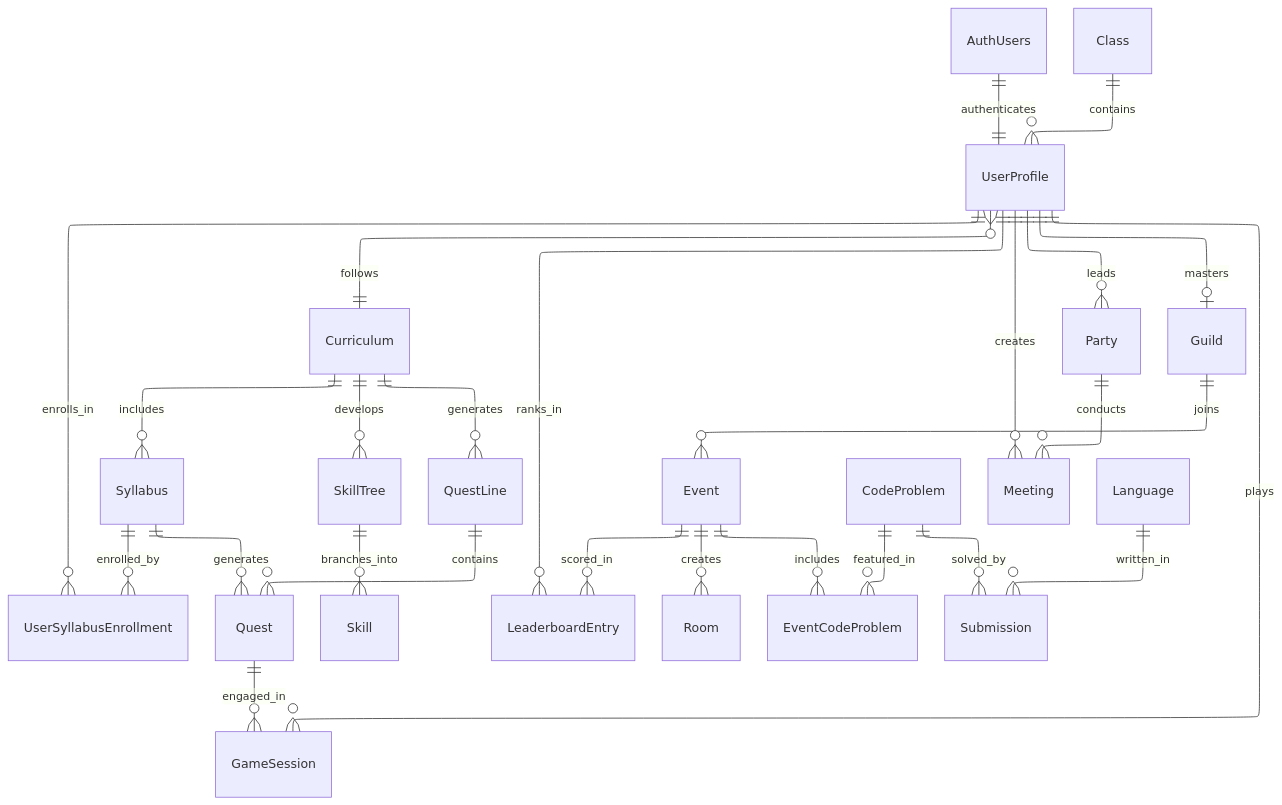
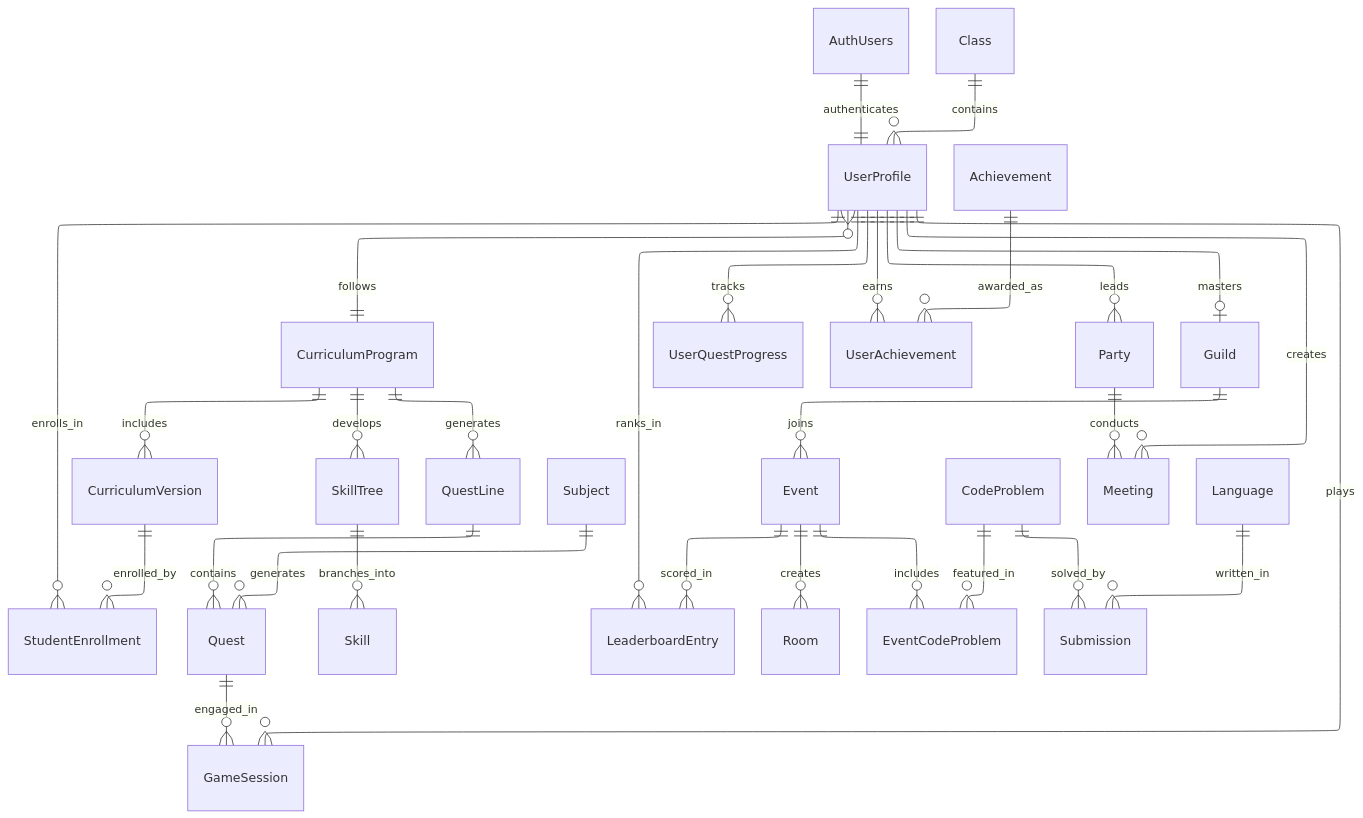
Before and after one commit to FA25SE050-RogueLearn/RogueLearn.BMAD.Documentation: the diagram in mermaid-diagrams/erd/system-overview-erd.md, drawn with Mermaid. The commit also changed other lines of this file and 7 other files, not shown here.

Commit message:
feat: update database schema for Quests and User academic related tables

````diff
--- a/mermaid-diagrams/erd/system-overview-erd.md
+++ b/mermaid-diagrams/erd/system-overview-erd.md
@@ -5,47 +5,52 @@
 ```mermaid
 ---
 config:
   layout: elk
 ---
 erDiagram
     %% Authentication & User Management
     AuthUsers ||--|| UserProfile : authenticates
     
     %% Academic Structure
     "Class" ||--o{ UserProfile : contains
-    UserProfile }o--|| Curriculum : follows
-    Curriculum ||--o{ Syllabus : includes
-    Curriculum ||--o{ SkillTree : develops
+    UserProfile }o--|| CurriculumProgram : follows
+    CurriculumProgram ||--o{ CurriculumVersion : includes
+    CurriculumProgram ||--o{ SkillTree : develops
     
     %% Learning Journey
-    UserProfile ||--o{ UserSyllabusEnrollment : enrolls_in
-    Syllabus ||--o{ UserSyllabusEnrollment : enrolled_by
-    Curriculum ||--o{ QuestLine : generates
+    UserProfile ||--o{ StudentEnrollment : enrolls_in
+    CurriculumVersion ||--o{ StudentEnrollment : enrolled_by
+    CurriculumProgram ||--o{ QuestLine : generates
     QuestLine ||--o{ Quest : contains
-    Syllabus ||--o{ Quest : generates
+    Subject ||--o{ Quest : generates
     SkillTree ||--o{ Skill : branches_into
     
     %% Game Mechanics
     UserProfile ||--o{ GameSession : plays
     Quest ||--o{ GameSession : engaged_in
+    UserProfile ||--o{ UserQuestProgress : tracks
+    
+    %% Achievement System
+    UserProfile ||--o{ UserAchievement : earns
+    Achievement ||--o{ UserAchievement : awarded_as
     
     %% Social Dynamics
     UserProfile ||--o{ Party : leads
     UserProfile ||--o| Guild : masters
     Guild ||--o{ Event : joins
     
     %% Competitive Elements
     UserProfile ||--o{ LeaderboardEntry : ranks_in
     Event ||--o{ LeaderboardEntry : scored_in
     Event ||--o{ Room : creates
     Event ||--o{ EventCodeProblem : includes
     CodeProblem ||--o{ EventCodeProblem : featured_in
     
     %% Meeting & Collaboration
     Party ||--o{ Meeting : conducts
     UserProfile ||--o{ Meeting : creates
     
     %% Code Battle Integration
     CodeProblem ||--o{ Submission : solved_by
     Language ||--o{ Submission : written_in
 ```
````
